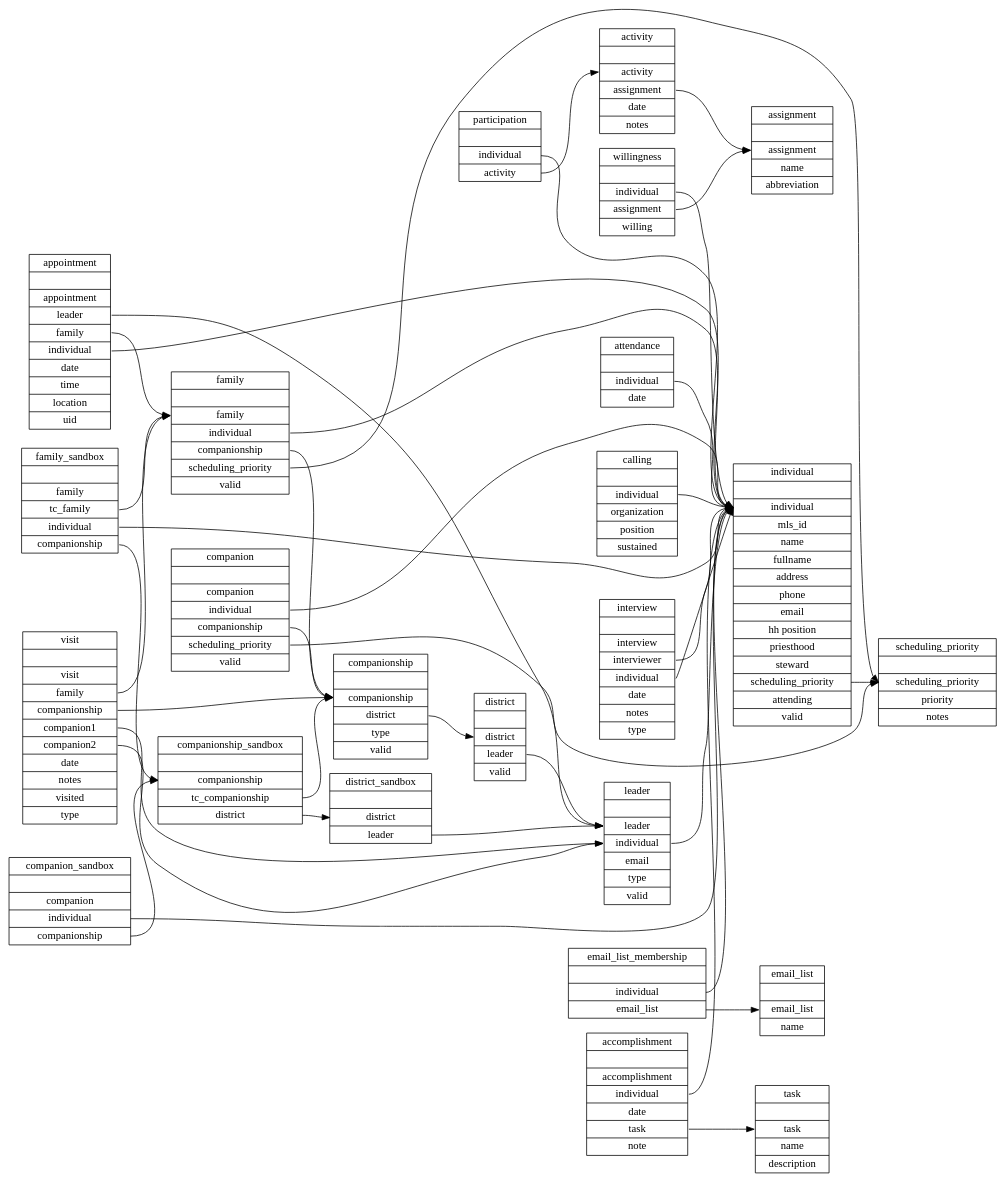
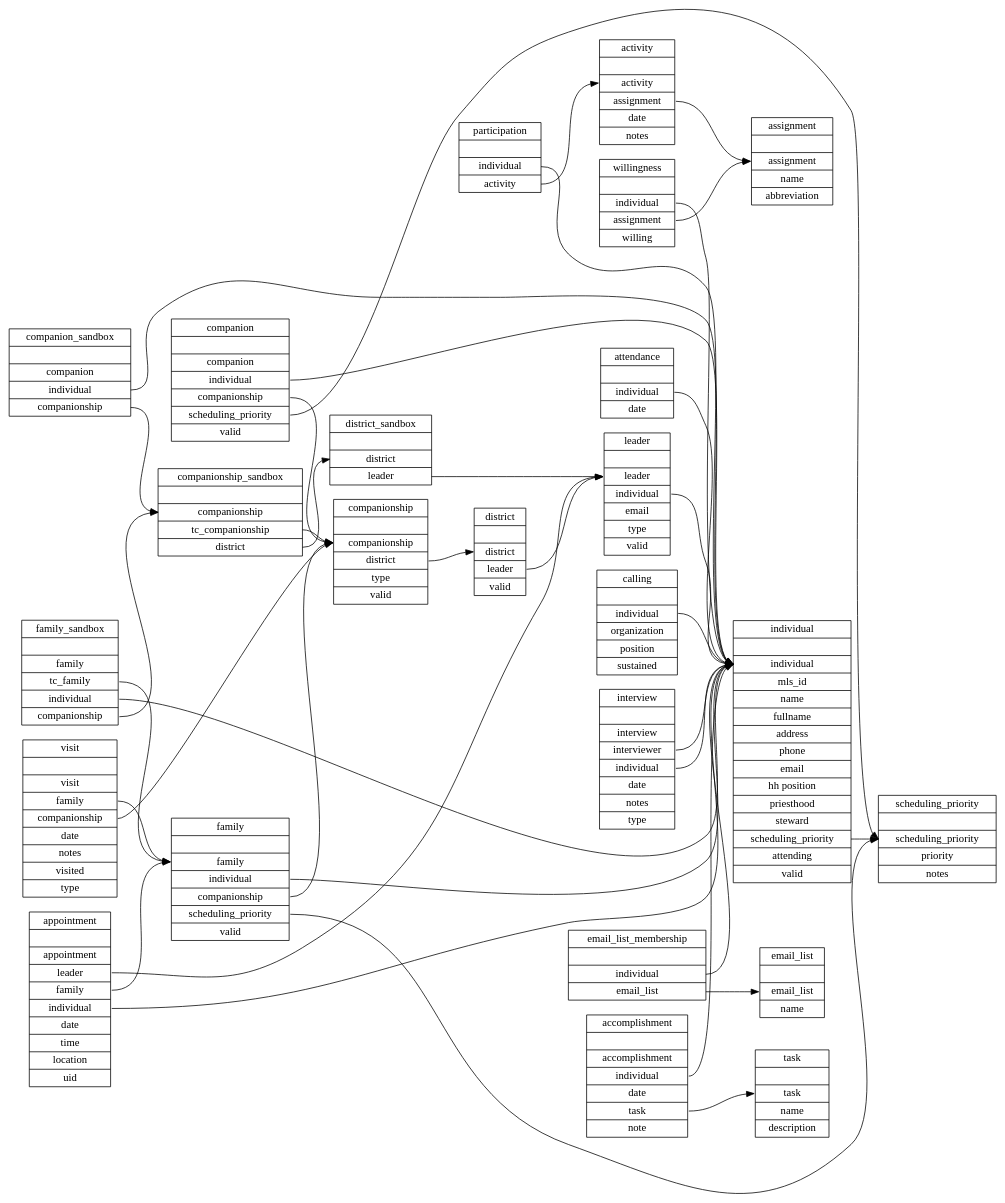
Before and after one commit to apippin/tc: the diagram in sql/schema.dot, drawn with Graphviz. The commit also changed 4 other files, not shown here.

Commit message:
removed companion1 and companion2 from tc_visit

```diff
--- a/sql/schema.dot
+++ b/sql/schema.dot
@@ -1,157 +1,155 @@
 digraph schema {
   graph [
     rankdir = "LR"
   ];
   activity   [
     label = "activity||<a> activity|<s> assignment|<t> date|<n> notes"
     shape = "record"
   ];
   appointment   [
     label = "appointment||<a> appointment|<l> leader|<f> family|<i> individual |<d> date|<t> time|<l> location|<u> uid"
     shape = "record"
   ];
   assignment    [
     label = "assignment||<a> assignment|<n> name|<ab> abbreviation"
     shape = "record"
   ];
   attendance   [
     label = "attendance||<i> individual|<d> date"
     shape = "record"
   ];
   calling       [
     label = "calling||<i> individual|<o> organization|<p> position|<s> sustained"
     shape = "record"
   ];
   companion   [
     label = "companion||<c> companion|<i> individual|<cp> companionship|<sp> scheduling_priority|<v> valid"
     shape = "record"
   ];
   companionship   [
     label = "companionship||<c> companionship|<d> district|<t> type|<v> valid"
     shape = "record"
   ];
   district      [
     label = "district||<d> district|<l> leader|<v> valid"
     shape = "record"
   ];
   individual   [
     label = "individual||<i> individual|<id> mls_id|<n> name|<fn> fullname|<a> address|<p> phone|<em> email|<hh> hh position|<pr> priesthood|<st> steward|<sp> scheduling_priority|<a> attending|<v> valid"
     shape = "record"
   ];
   family   [
     label = "family||<f> family|<i> individual|<c> companionship|<sp> scheduling_priority|<v> valid"
     shape = "record"
   ];
   participation   [
     label = "participation||<i> individual|<a> activity"
     shape = "record"
   ];
   interview   [
     label = "interview||<in> interview|<i> interviewer|<il> individual|<t> date|<n> notes|<t> type"
     shape = "record"
   ];
   leader    [
     label = "leader||<l> leader|<i> individual|<em> email|<t> type|<v> valid"
     shape = "record"
   ];
   visit   [
-    label = "visit||<v> visit|<f> family|<c> companionship|<c1> companion1|<c2> companion2|<t> date|<n> notes|<v> visited|<vt> type"
+    label = "visit||<v> visit|<f> family|<c> companionship|<t> date|<n> notes|<v> visited|<vt> type"
     shape = "record"
   ];
   willingness   [
     label = "willingness||<i> individual|<a> assignment|<w> willing"
     shape = "record"
   ];
   scheduling_priority   [
     label = "scheduling_priority||<sp> scheduling_priority|<p> priority|<n> notes"
     shape = "record"
   ];
   email_list   [
     label = "email_list||<e> email_list|<n> name"
     shape = "record"
   ];
   email_list_membership   [
     label = "email_list_membership||<i> individual|<e> email_list"
     shape = "record"
   ];
   accomplishment   [
     label = "accomplishment||<a> accomplishment|<i> individual|<d> date|<t> task|<n> note"
     shape = "record"
   ];
   task   [
     label = "task||<t> task|<n> name|<d> description"
     shape = "record"
   ];
   district_sandbox   [
     label = "district_sandbox||<d> district|<l> leader"
     shape = "record"
   ];
   companion_sandbox   [
     label = "companion_sandbox||<c> companion|<i> individual|<cp> companionship"
     shape = "record"
   ];
   companionship_sandbox   [
     label = "companionship_sandbox||<cp> companionship|<tcp> tc_companionship|<d> district"
     shape = "record"
   ];
   family_sandbox   [
     label = "family_sandbox||<f> family|<tcf> tc_family|<i> individual|<cp> companionship"
     shape = "record"
   ];
 
   activity:s      -> assignment:a
 
   appointment:l   -> leader:l
   appointment:f   -> family:f
   appointment:i   -> individual:i
 
   attendance:i    -> individual:i
   
   calling:i       -> individual:i
 
   companion:cp    -> companionship:c
   companion:i     -> individual:i
   companion:sp    -> scheduling_priority:sp
 
   companionship:d -> district:d
   
   district:l      -> leader:l
   
   individual:sp   -> scheduling_priority:sp
   
   family:i        -> individual:i
   family:c        -> companionship:c
   family:sp       -> scheduling_priority:sp
 
   participation:i -> individual:i
   participation:a -> activity:a
 
   interview:il    -> individual:i
   interview:i     -> individual:i
 
   leader:i    -> individual:i
 
   visit:c         -> companionship:c
   visit:f         -> family:f
-  visit:c1        -> leader:i
-  visit:c2        -> leader:i
 
   willingness:i   -> individual:i
   willingness:a   -> assignment:a
 
   email_list_membership:i  -> individual:i
   email_list_membership:e  -> email_list:e
   
   accomplishment:i   -> individual:i
   accomplishment:t   -> task:t
  
   district_sandbox:l      -> leader:l
   companion_sandbox:i     -> individual:i
   companion_sandbox:cp    -> companionship_sandbox:cp
   companionship_sandbox:tcp -> companionship:c
   companionship_sandbox:d -> district_sandbox:d
   family_sandbox:tcf      -> family:f
   family_sandbox:i        -> individual:i
   family_sandbox:cp       -> companionship_sandbox:cp
   
 }
```
